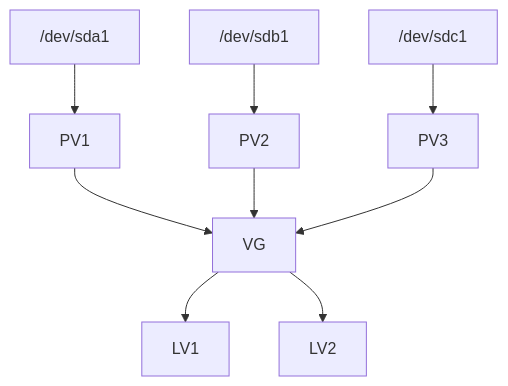
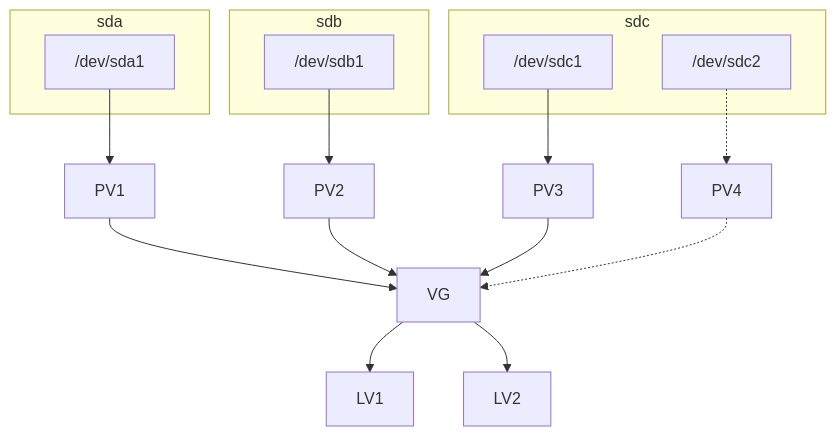
The diagram in shell/lvm.md (zhouerqin/ops-notes), drawn with Mermaid before and after one commit. The commit also changed other lines of this file, not shown here.

Commit message:
lvm 笔记优化

````diff
--- a/shell/lvm.md
+++ b/shell/lvm.md
@@ -3,11 +3,26 @@
 ```mermaid
 graph TD
+
+subgraph sda
+    /dev/sda1
+end
+subgraph sdb
+    /dev/sdb1
+end
+subgraph sdc
+    /dev/sdc1
+    /dev/sdc2
+end
+
 /dev/sda1-->PV1
 /dev/sdb1-->PV2
 /dev/sdc1-->PV3
+/dev/sdc2-.->PV4
+
 PV1-->VG
 PV2-->VG
 PV3-->VG
+PV4-.->VG
 VG-->LV1
 VG-->LV2
 ```
````
